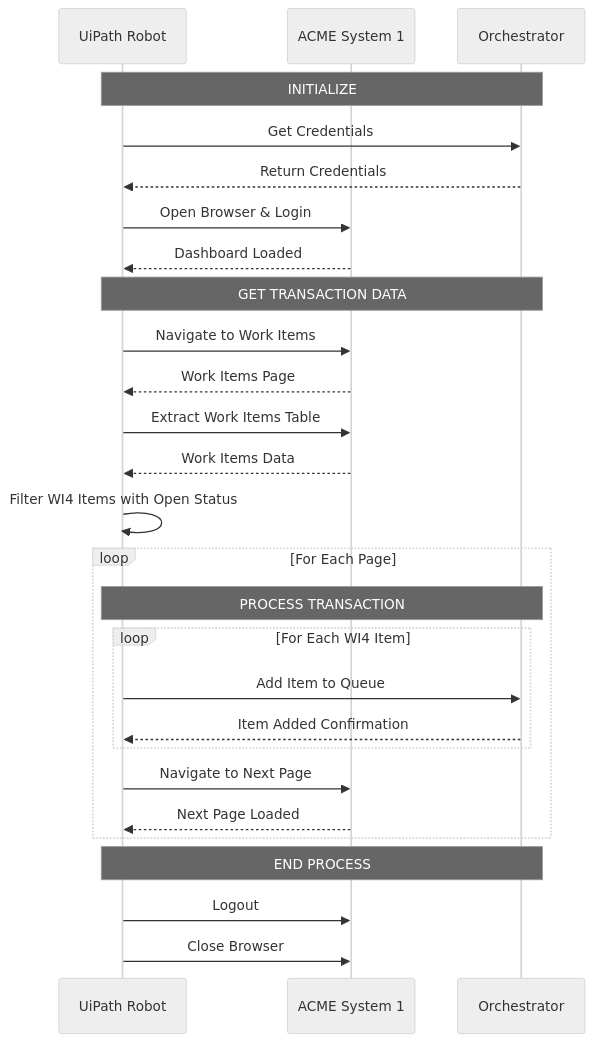
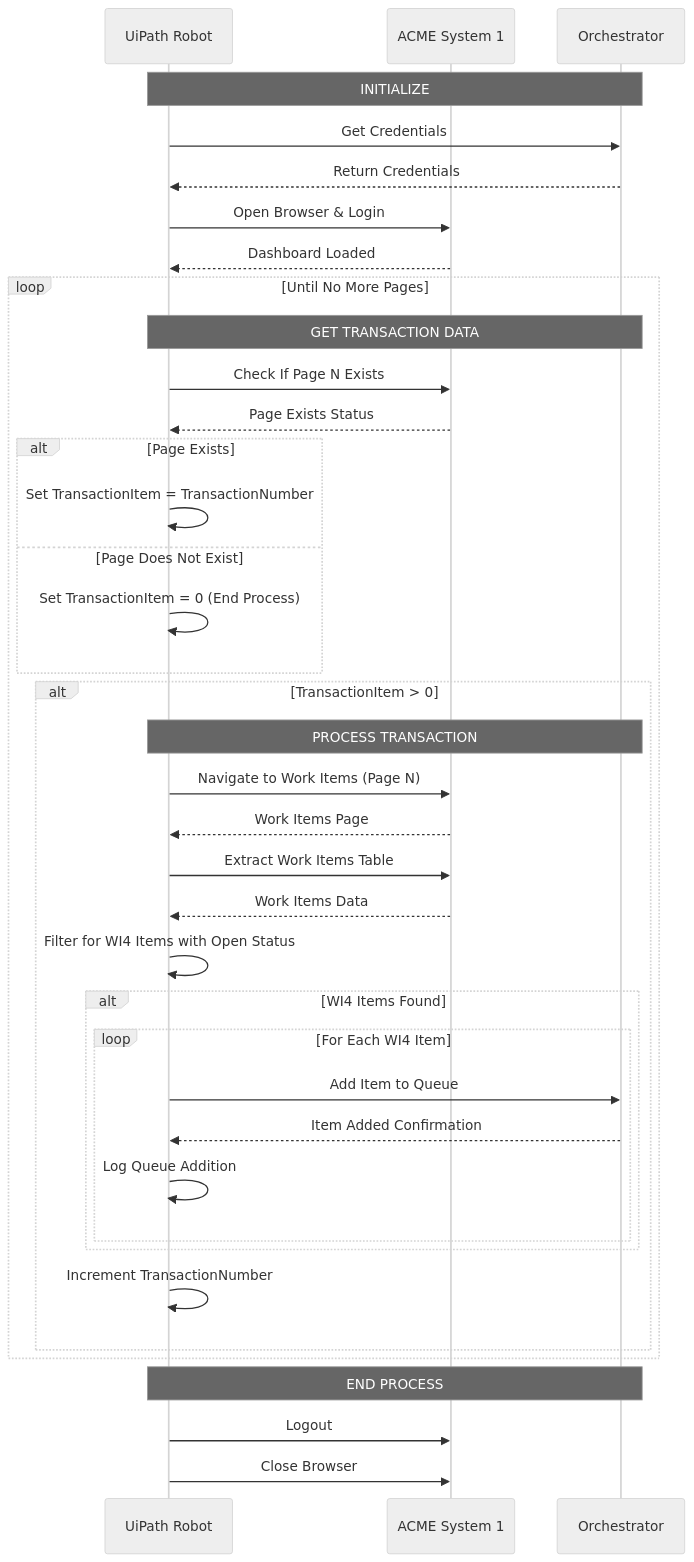
The third of 3 diagrams in README.md (NBGamer99/GenerateYearlyReport_Dispatcher), drawn with Mermaid (neutral theme) before and after one commit.

````diff
--- a/README.md
+++ b/README.md
@@ -113,38 +113,47 @@
 ```mermaid
 sequenceDiagram
     participant Robot as UiPath Robot
     participant ACME as ACME System 1
     participant Orch as Orchestrator
 
     Note over Robot,Orch: INITIALIZE
-
     Robot->>Orch: Get Credentials
     Orch-->>Robot: Return Credentials
     Robot->>ACME: Open Browser & Login
     ACME-->>Robot: Dashboard Loaded
 
-    Note over Robot,Orch: GET TRANSACTION DATA
+    loop Until No More Pages
+        Note over Robot,Orch: GET TRANSACTION DATA
+        Robot->>ACME: Check If Page N Exists
+        ACME-->>Robot: Page Exists Status
 
-    Robot->>ACME: Navigate to Work Items
-    ACME-->>Robot: Work Items Page
-    Robot->>ACME: Extract Work Items Table
-    ACME-->>Robot: Work Items Data
-    Robot->>Robot: Filter WI4 Items with Open Status
-
-    loop For Each Page
-        Note over Robot,Orch: PROCESS TRANSACTION
-
-        loop For Each WI4 Item
-            Robot->>Orch: Add Item to Queue
-            Orch-->>Robot: Item Added Confirmation
+        alt Page Exists
+            Robot->>Robot: Set TransactionItem = TransactionNumber
+        else Page Does Not Exist
+            Robot->>Robot: Set TransactionItem = 0 (End Process)
         end
 
-        Robot->>ACME: Navigate to Next Page
-        ACME-->>Robot: Next Page Loaded
+        alt TransactionItem > 0
+            Note over Robot,Orch: PROCESS TRANSACTION
+            Robot->>ACME: Navigate to Work Items (Page N)
+            ACME-->>Robot: Work Items Page
+            Robot->>ACME: Extract Work Items Table
+            ACME-->>Robot: Work Items Data
+            Robot->>Robot: Filter for WI4 Items with Open Status
+
+            alt WI4 Items Found
+                loop For Each WI4 Item
+                    Robot->>Orch: Add Item to Queue
+                    Orch-->>Robot: Item Added Confirmation
+                    Robot->>Robot: Log Queue Addition
+                end
+            end
+
+            Robot->>Robot: Increment TransactionNumber
+        end
     end
 
     Note over Robot,Orch: END PROCESS
-
     Robot->>ACME: Logout
     Robot->>ACME: Close Browser
 ```
````
